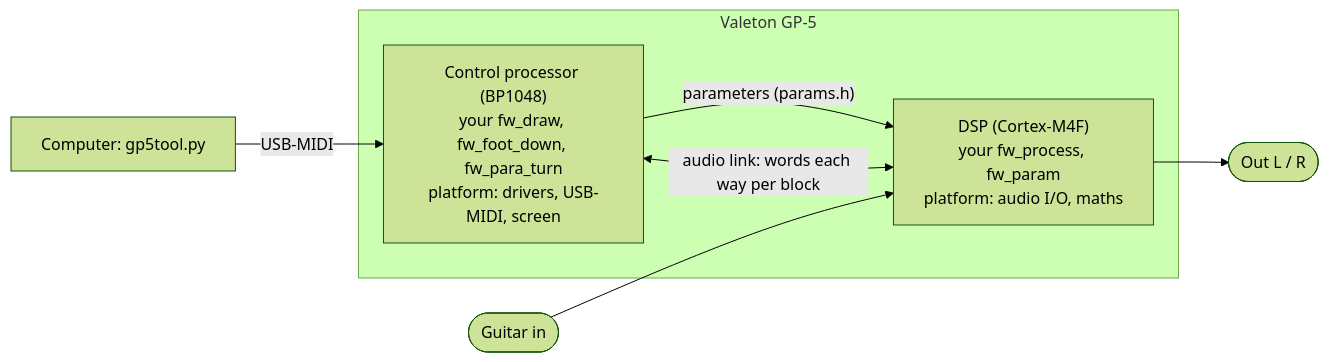
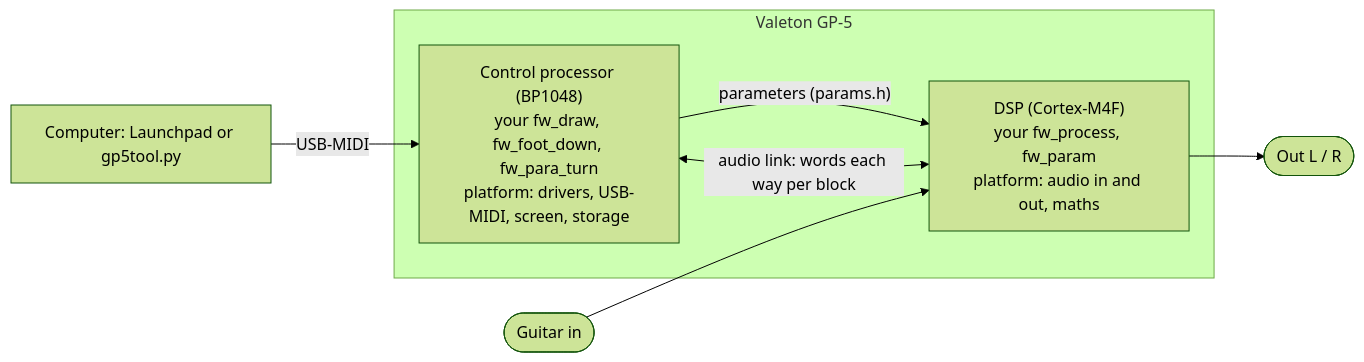
The diagram in README.md (OpenGP5/OpenGP5), drawn with Mermaid (forest theme) before and after one commit. The commit also changed other lines of this file, not shown here.

Commit message:
README: rewritten for clarity, in the shape every OpenGP5 repository now shares: what it is, the firmwares to try, writing your own, what's inside, the documentation at opengp5.github.io, safety, licence

````diff
--- a/README.md
+++ b/README.md
@@ -86,12 +78,12 @@
 ```mermaid
 flowchart LR
-    pc["Computer: gp5tool.py"] -- "USB-MIDI" --> ctl
+    pc["Computer: Launchpad or gp5tool.py"] -- "USB-MIDI" --> ctl
     subgraph pedal["Valeton GP-5"]
-        ctl["Control processor (BP1048)<br/>your fw_draw, fw_foot_down, fw_para_turn<br/>platform: drivers, USB-MIDI, screen"]
-        dsp["DSP (Cortex-M4F)<br/>your fw_process, fw_param<br/>platform: audio I/O, maths"]
+        ctl["Control processor (BP1048)<br/>your fw_draw, fw_foot_down, fw_para_turn<br/>platform: drivers, USB-MIDI, screen, storage"]
+        dsp["DSP (Cortex-M4F)<br/>your fw_process, fw_param<br/>platform: audio in and out, maths"]
         ctl -- "parameters (params.h)" --> dsp
         dsp <-- "audio link: words each way per block" --> ctl
     end
     guitar(["Guitar in"]) --> dsp
     dsp --> out(["Out L / R"])
 ```
````
